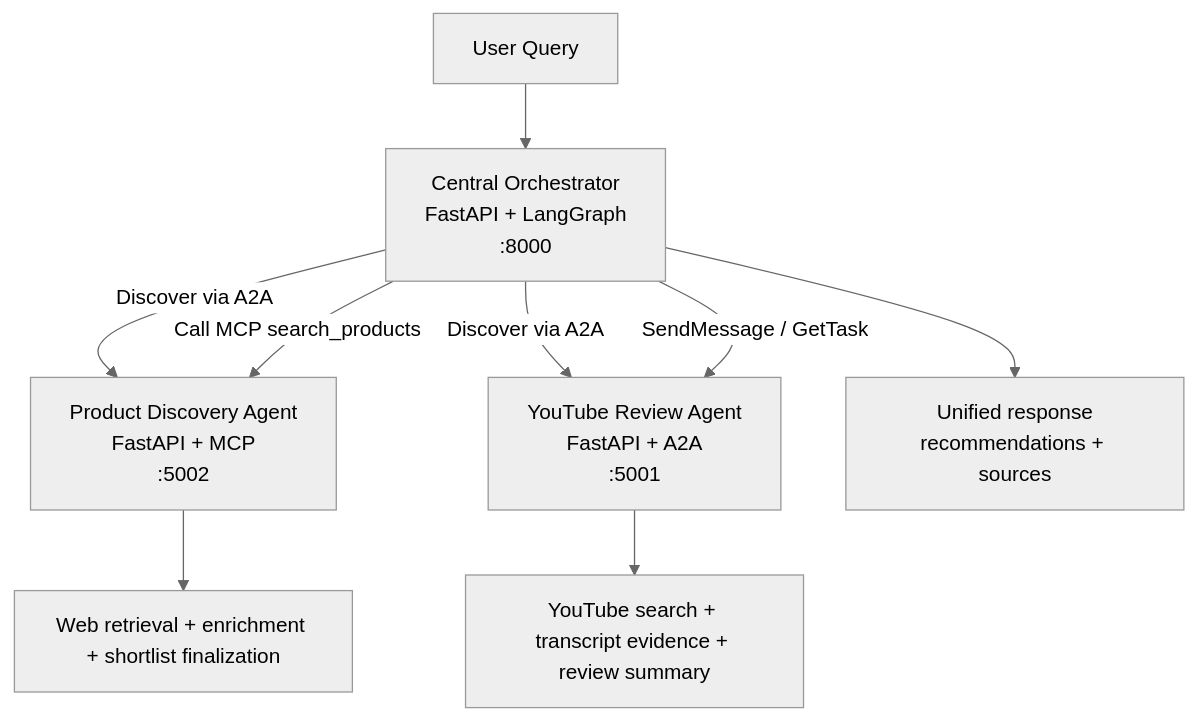
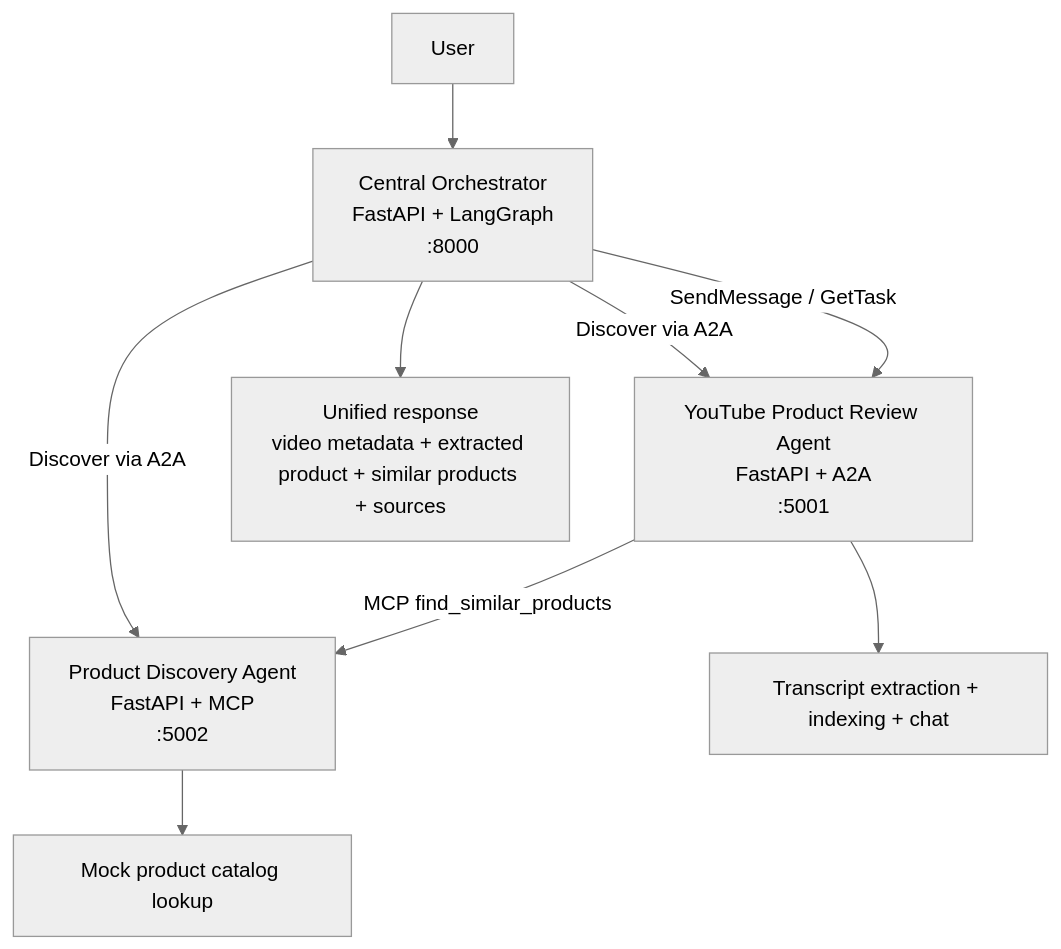
Before and after one commit to rpraveen760/Multi-Agent-Shopping-Advisor-: the diagram in README.md, drawn with Mermaid (neutral theme). The commit also changed other lines of this file and 29 other files, not shown here.

Commit message:
Align video analysis flow and remove live trace

````diff
--- a/README.md
+++ b/README.md
@@ -20,11 +40,11 @@
 ```mermaid
 flowchart TD
-    U["User Query"] --> O["Central Orchestrator<br/>FastAPI + LangGraph<br/>:8000"]
+    U["User"] --> O["Central Orchestrator<br/>FastAPI + LangGraph<br/>:8000"]
+    O -->|Discover via A2A| Y["YouTube Product Review Agent<br/>FastAPI + A2A<br/>:5001"]
     O -->|Discover via A2A| P["Product Discovery Agent<br/>FastAPI + MCP<br/>:5002"]
-    O -->|Discover via A2A| Y["YouTube Review Agent<br/>FastAPI + A2A<br/>:5001"]
-    O -->|Call MCP search_products| P
     O -->|SendMessage / GetTask| Y
-    P --> W["Web retrieval + enrichment + shortlist finalization"]
-    Y --> T["YouTube search + transcript evidence + review summary"]
-    O --> R["Unified response<br/>recommendations + sources"]
+    Y -->|MCP find_similar_products| P
+    Y --> R["Transcript extraction + indexing + chat"]
+    P --> C["Mock product catalog lookup"]
+    O --> F["Unified response<br/>video metadata + extracted product + similar products + sources"]
 ```
````
